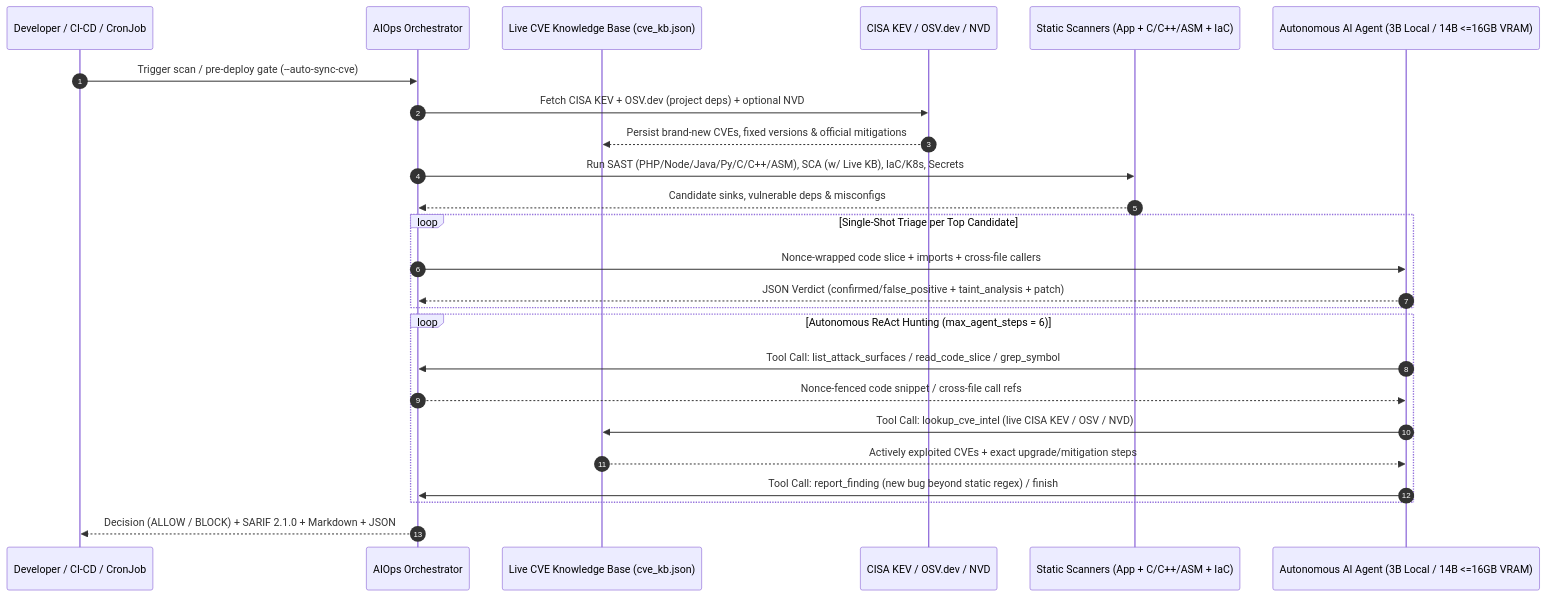
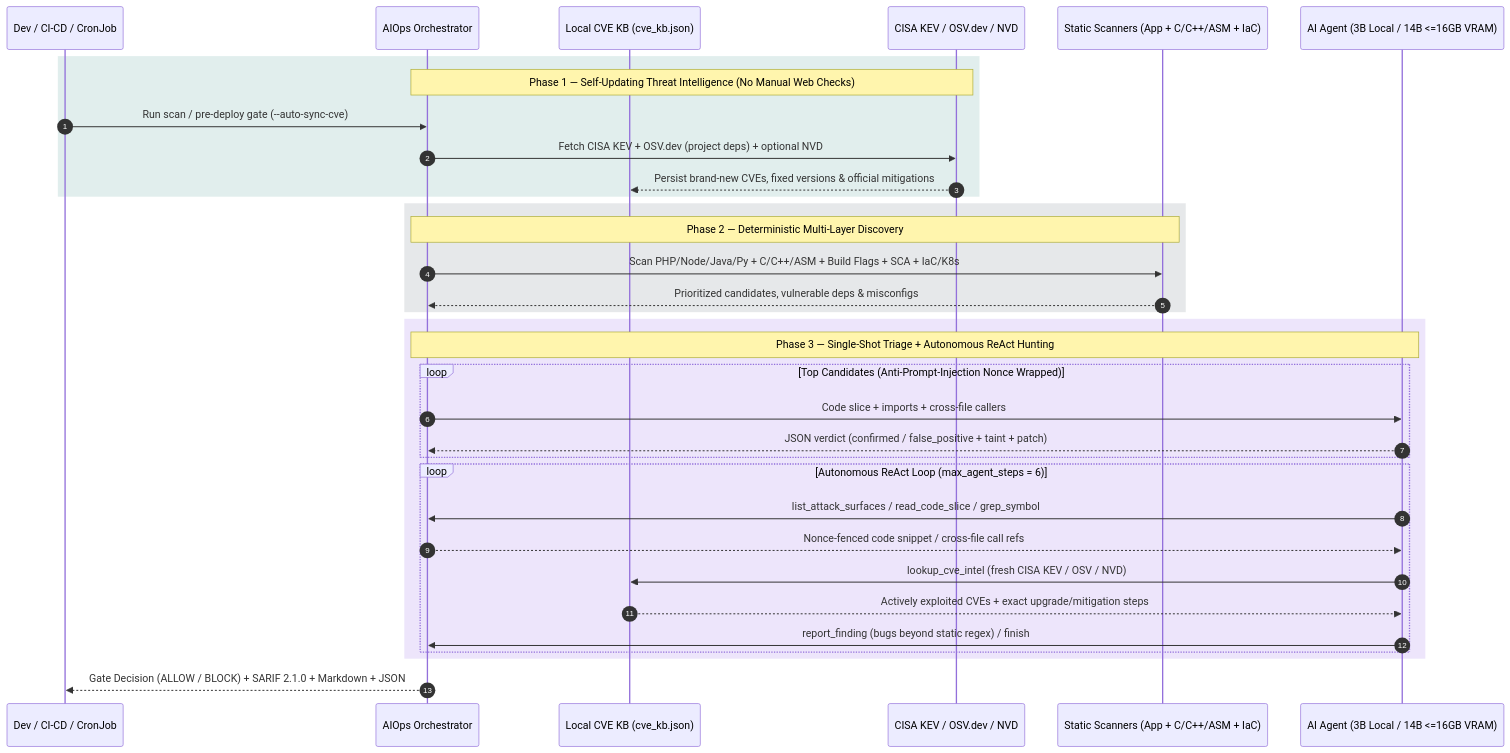
One commit to Fierda/aiops-infra-auditor changed the second of 2 diagrams in README.md. Above: the diagram before and after it, drawn with Mermaid. The commit also changed other lines of this file, not shown here.

Commit message:
docs: upgrade README Mermaid workflow charts to wide LR layout with color-coded stages

````diff
--- a/README.md
+++ b/README.md
@@ -44,31 +68,40 @@
 ```mermaid
 sequenceDiagram
     autonumber
-    participant Dev as Developer / CI-CD / CronJob
+    participant CI as Dev / CI-CD / CronJob
     participant Orch as AIOps Orchestrator
-    participant KB as Live CVE Knowledge Base (cve_kb.json)
+    participant KB as Local CVE KB (cve_kb.json)
     participant Feeds as CISA KEV / OSV.dev / NVD
     participant Scan as Static Scanners (App + C/C++/ASM + IaC)
-    participant Agent as Autonomous AI Agent (3B Local / 14B <=16GB VRAM)
+    participant AI as AI Agent (3B Local / 14B <=16GB VRAM)
 
-    Dev->>Orch: Trigger scan / pre-deploy gate (--auto-sync-cve)
-    Orch->>Feeds: Fetch CISA KEV + OSV.dev (project deps) + optional NVD
-    Feeds-->>KB: Persist brand-new CVEs, fixed versions & official mitigations
-    Orch->>Scan: Run SAST (PHP/Node/Java/Py/C/C++/ASM), SCA (w/ Live KB), IaC/K8s, Secrets
-    Scan-->>Orch: Candidate sinks, vulnerable deps & misconfigs
-
-    loop Single-Shot Triage per Top Candidate
-        Orch->>Agent: Nonce-wrapped code slice + imports + cross-file callers
-        Agent-->>Orch: JSON Verdict (confirmed/false_positive + taint_analysis + patch)
+    rect rgba(15, 118, 110, 0.12)
+        Note over Orch,Feeds: Phase 1 — Self-Updating Threat Intelligence (No Manual Web Checks)
+        CI->>Orch: Run scan / pre-deploy gate (--auto-sync-cve)
+        Orch->>Feeds: Fetch CISA KEV + OSV.dev (project deps) + optional NVD
+        Feeds-->>KB: Persist brand-new CVEs, fixed versions & official mitigations
     end
 
-    loop Autonomous ReAct Hunting (max_agent_steps = 6)
-        Agent->>Orch: Tool Call: list_attack_surfaces / read_code_slice / grep_symbol
-        Orch-->>Agent: Nonce-fenced code snippet / cross-file call refs
-        Agent->>KB: Tool Call: lookup_cve_intel (live CISA KEV / OSV / NVD)
-        KB-->>Agent: Actively exploited CVEs + exact upgrade/mitigation steps
-        Agent->>Orch: Tool Call: report_finding (new bug beyond static regex) / finish
+    rect rgba(51, 65, 85, 0.12)
+        Note over Orch,Scan: Phase 2 — Deterministic Multi-Layer Discovery
+        Orch->>Scan: Scan PHP/Node/Java/Py + C/C++/ASM + Build Flags + SCA + IaC/K8s
+        Scan-->>Orch: Prioritized candidates, vulnerable deps & misconfigs
     end
 
-    Orch-->>Dev: Decision (ALLOW / BLOCK) + SARIF 2.1.0 + Markdown + JSON
+    rect rgba(109, 40, 217, 0.12)
+        Note over Orch,AI: Phase 3 — Single-Shot Triage + Autonomous ReAct Hunting
+        loop Top Candidates (Anti-Prompt-Injection Nonce Wrapped)
+            Orch->>AI: Code slice + imports + cross-file callers
+            AI-->>Orch: JSON verdict (confirmed / false_positive + taint + patch)
+        end
+        loop Autonomous ReAct Loop (max_agent_steps = 6)
+            AI->>Orch: list_attack_surfaces / read_code_slice / grep_symbol
+            Orch-->>AI: Nonce-fenced code snippet / cross-file call refs
+            AI->>KB: lookup_cve_intel (fresh CISA KEV / OSV / NVD)
+            KB-->>AI: Actively exploited CVEs + exact upgrade/mitigation steps
+            AI->>Orch: report_finding (bugs beyond static regex) / finish
+        end
+    end
+
+    Orch-->>CI: Gate Decision (ALLOW / BLOCK) + SARIF 2.1.0 + Markdown + JSON
 ```
````
